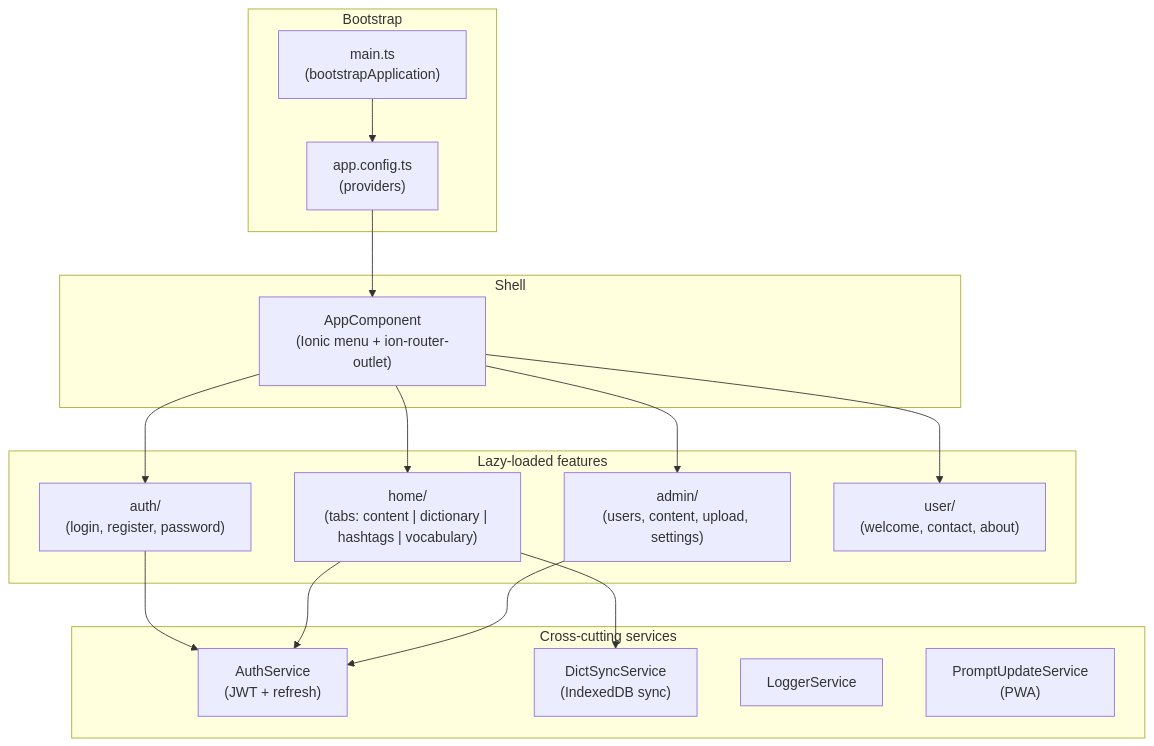
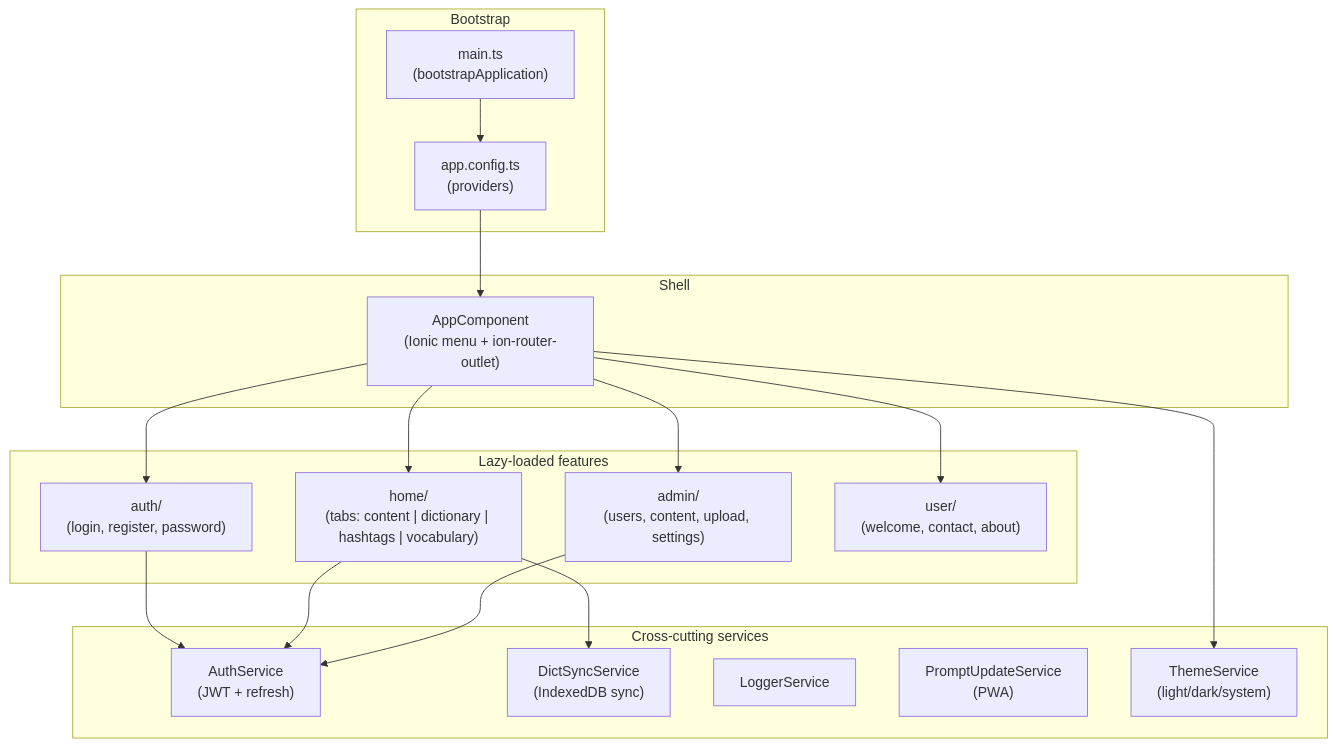
Before and after one commit to remarcmij/taalwiz-mono: the first of 18 diagrams in apps/web/ARCHITECTURE.md, drawn with Mermaid. The commit also changed other lines of this file, not shown here.

First line of the commit message:
docs(web): update ARCHITECTURE.md to reflect recent frontend changes

````diff
--- a/apps/web/ARCHITECTURE.md
+++ b/apps/web/ARCHITECTURE.md
@@ -23,36 +24,38 @@
 ```mermaid
 graph TD
     subgraph Bootstrap
         main["main.ts\n(bootstrapApplication)"]
         config["app.config.ts\n(providers)"]
     end
 
     subgraph Shell
         app["AppComponent\n(Ionic menu + ion-router-outlet)"]
     end
 
     subgraph Features ["Lazy-loaded features"]
         auth["auth/\n(login, register, password)"]
         home["home/\n(tabs: content | dictionary | hashtags | vocabulary)"]
         admin["admin/\n(users, content, upload, settings)"]
         user["user/\n(welcome, contact, about)"]
     end
 
     subgraph CrossCutting ["Cross-cutting services"]
         authSvc["AuthService\n(JWT + refresh)"]
         dictSync["DictSyncService\n(IndexedDB sync)"]
         logger["LoggerService"]
         swUpdate["PromptUpdateService\n(PWA)"]
+        theme["ThemeService\n(light/dark/system)"]
     end
 
     main --> config
     config --> app
     app --> auth
     app --> home
     app --> admin
     app --> user
     auth --> authSvc
     home --> authSvc
     home --> dictSync
     admin --> authSvc
+    app --> theme
 ```
````
